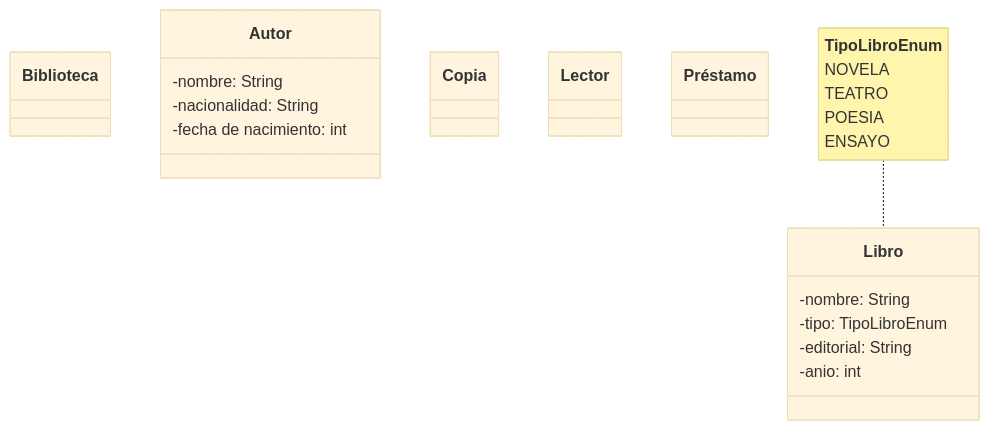
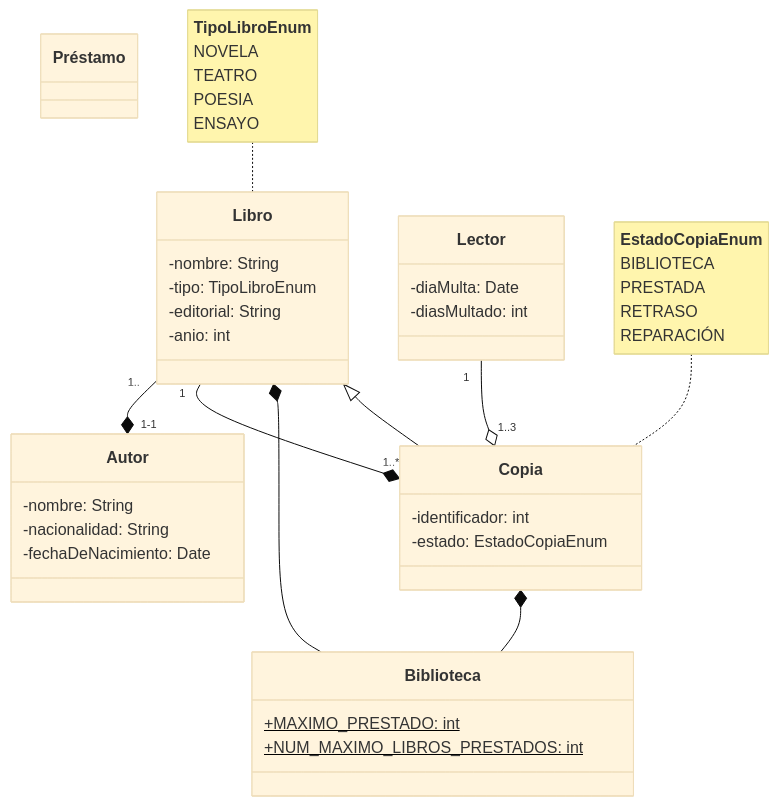
One commit to SirAivan/CD_Tema2_Ejercicios changed the diagram in biblioteca.mmd. Above: the diagram before and after it, drawn with Mermaid (base theme).

Commit message:
acabado ejercicio biblioteca

```diff
--- a/biblioteca.mmd
+++ b/biblioteca.mmd
@@ -1,31 +1,44 @@
 classDiagram
     class Biblioteca{
+        +MAXIMO_PRESTADO: int$
+        +NUM_MAXIMO_LIBROS_PRESTADOS: int$
 
     }
 
     class Libro{
-         -nombre: String
-         -tipo: TipoLibroEnum
-         -editorial: String
-         -anio: int
+        -nombre: String
+        -tipo: TipoLibroEnum
+        -editorial: String
+        -anio: int
     }
 
     note for Libro "<strong> TipoLibroEnum </strong> <br>NOVELA<br>TEATRO<br>POESIA<br>ENSAYO"
 
     class Autor{
         -nombre: String
         -nacionalidad: String
-        -fecha de nacimiento: int
+        -fechaDeNacimiento: Date
     }
 
+    note for Copia "<strong> EstadoCopiaEnum </strong> <br>BIBLIOTECA<br>PRESTADA<br>RETRASO<br>REPARACIÓN"
+
     class Copia{
-
+        -identificador: int
+        -estado: EstadoCopiaEnum
     }
 
     class Lector{
-
+        -diaMulta: Date
+        -diasMultado: int
     }
 
     class Préstamo{
 
     }
+    
+    Libro "1.." --* "1-1" Autor
+    Copia --|> Libro
+    Libro "1" --* "1..*" Copia
+    Lector "1" --o "1..3" Copia
+    Libro *-- Biblioteca
+    Copia *-- Biblioteca
```
